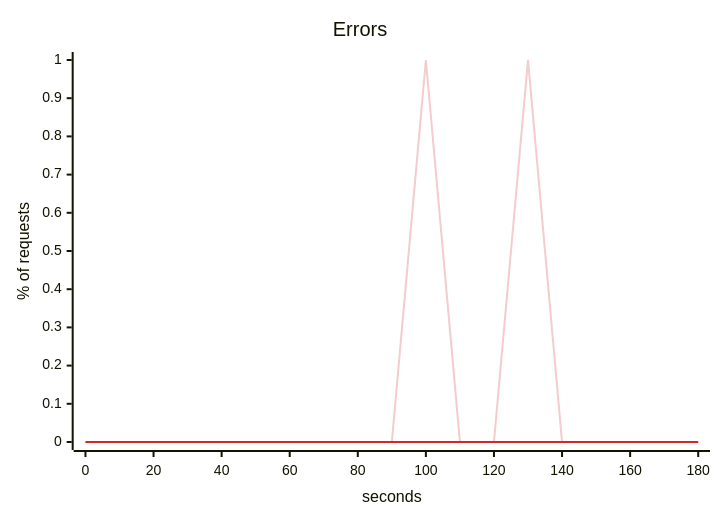
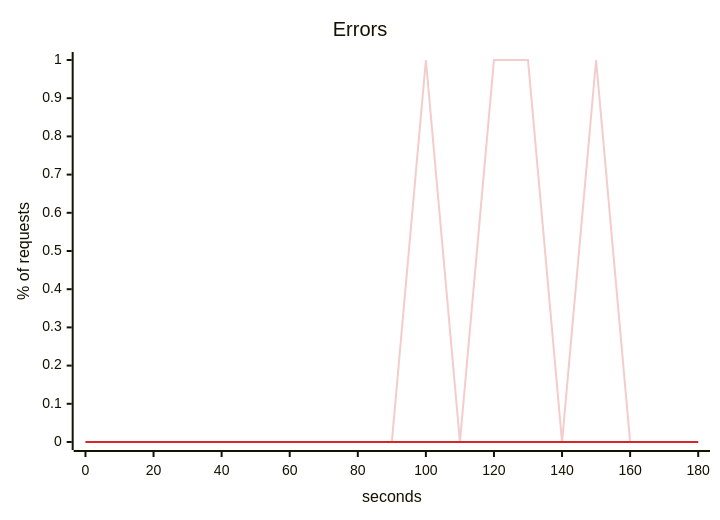
The fourth of 5 diagrams in scenarios/featured-on-hacker-news/solutions/headroom/report.md (akinfemi/load-lore), drawn with Mermaid before and after one commit. The commit also changed other lines of this file and 71 other files, not shown here.

````diff
--- a/scenarios/featured-on-hacker-news/solutions/headroom/report.md
+++ b/scenarios/featured-on-hacker-news/solutions/headroom/report.md
@@ -77,15 +78,15 @@
 ```mermaid
 ---
 config:
   themeVariables:
     xyChart:
       backgroundColor: "transparent"
       plotColorPalette: "#f4cccc, #d62728"
 ---
 xychart-beta
     title "Errors"
     x-axis "seconds" 0 --> 180
     y-axis "% of requests" 0 --> 1
-    line [0, 0, 0, 0, 0, 0, 0, 0, 0, 0, 1, 0, 0, 1, 0, 0, 0, 0, 0]
+    line [0, 0, 0, 0, 0, 0, 0, 0, 0, 0, 1, 0, 1, 1, 0, 1, 0, 0, 0]
     line [0, 0, 0, 0, 0, 0, 0, 0, 0, 0, 0, 0, 0, 0, 0, 0, 0, 0, 0]
 ```
````
